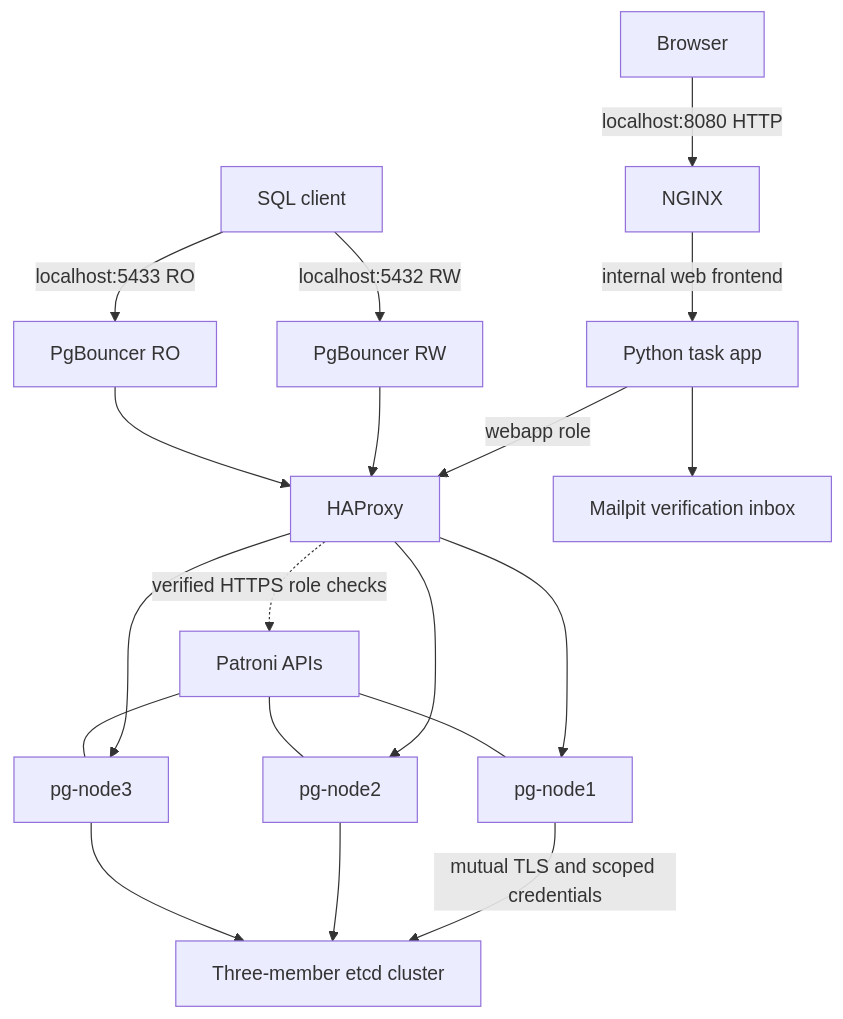
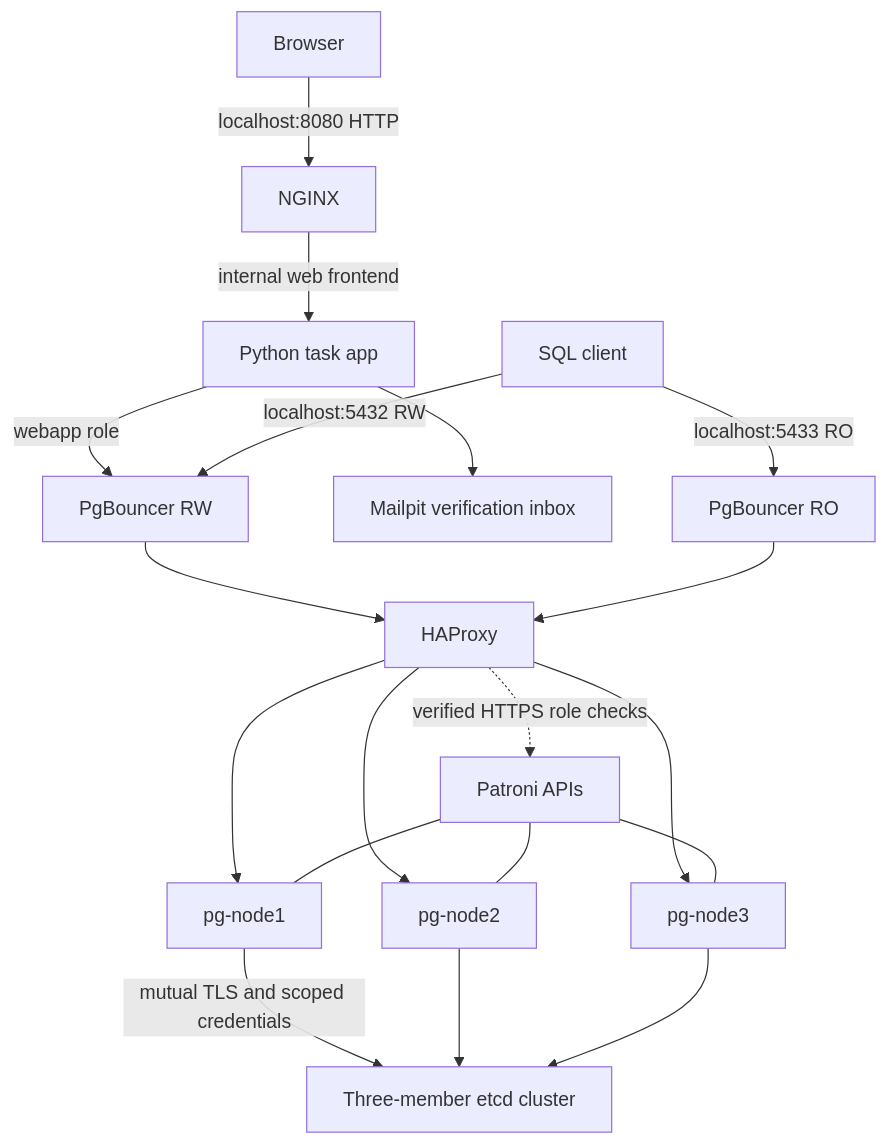
The diagram in README.md (andrasfeher/postgresql-replication-routing-lab), drawn with Mermaid before and after one commit. The commit also changed other lines of this file and 7 other files, not shown here.

````diff
--- a/README.md
+++ b/README.md
@@ -31,21 +31,21 @@
 ```mermaid
 flowchart TB
     B[Browser] -->|localhost:8080 HTTP| X[NGINX]
     X -->|internal web frontend| W[Python task app]
-    W -->|webapp role| H[HAProxy]
+    W -->|webapp role| P1
+    P1 --> H[HAProxy]
     W --> M[Mailpit verification inbox]
     C[SQL client] -->|localhost:5432 RW| P1[PgBouncer RW]
     C -->|localhost:5433 RO| P2[PgBouncer RO]
-    P1 --> H
     P2 --> H
     H --> N1[pg-node1]
     H --> N2[pg-node2]
     H --> N3[pg-node3]
     H -.->|verified HTTPS role checks| A[Patroni APIs]
     A --- N1
     A --- N2
     A --- N3
     N1 -->|mutual TLS and scoped credentials| E[Three-member etcd cluster]
     N2 --> E
     N3 --> E
 ```
````
